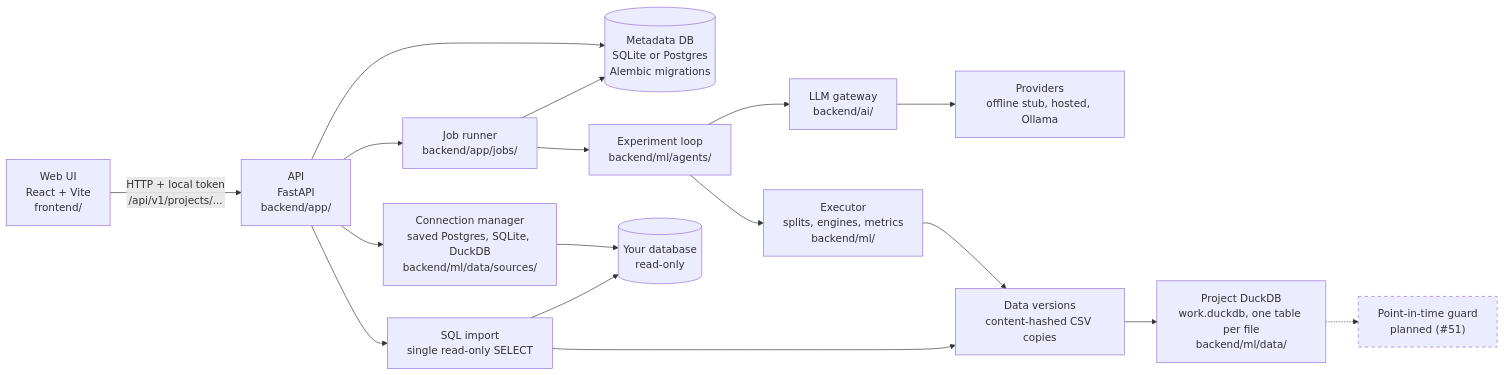
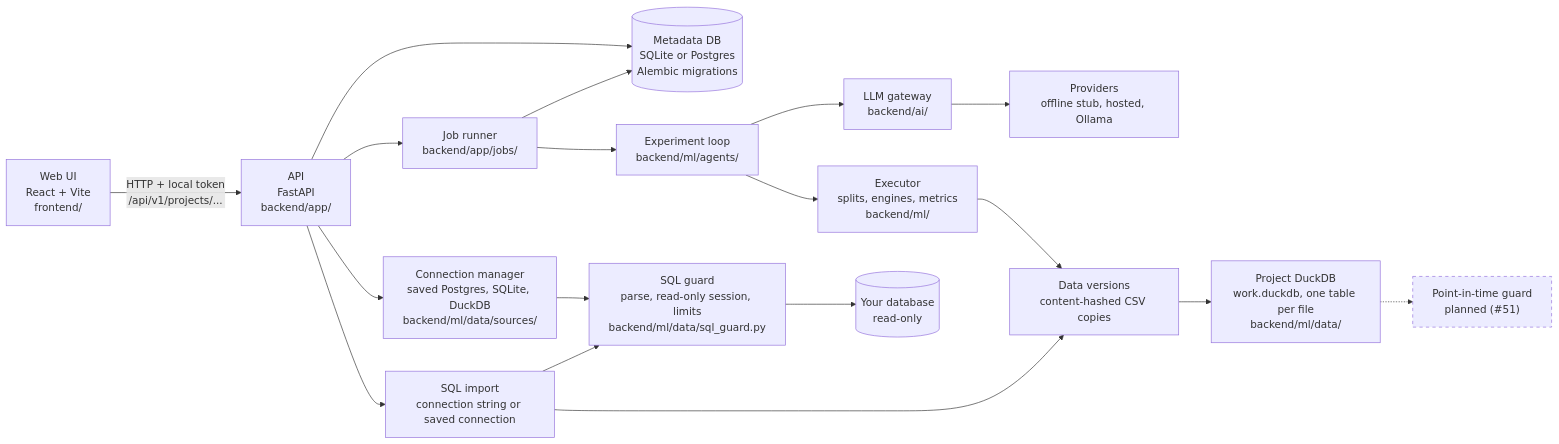
Before and after one commit to Harsh-Yadav-664/ML-Pilot: the first of 4 diagrams in docs/architecture.md, drawn with Mermaid. The commit also changed other lines of this file and 17 other files, not shown here.

First line of the commit message:
[2.3] Read-only enforcement in depth: one SQL guard for every user database (#127)

````diff
--- a/docs/architecture.md
+++ b/docs/architecture.md
@@ -7,23 +7,24 @@
 ```mermaid
 flowchart LR
     UI["Web UI<br/>React + Vite<br/>frontend/"] -->|"HTTP + local token<br/>/api/v1/projects/..."| API["API<br/>FastAPI<br/>backend/app/"]
     API --> Jobs["Job runner<br/>backend/app/jobs/"]
     API --> Meta[("Metadata DB<br/>SQLite or Postgres<br/>Alembic migrations")]
     Jobs --> Meta
     Jobs --> Agent["Experiment loop<br/>backend/ml/agents/"]
     Agent --> Exec["Executor<br/>splits, engines, metrics<br/>backend/ml/"]
     Agent --> GW["LLM gateway<br/>backend/ai/"]
     GW --> LLM["Providers<br/>offline stub, hosted, Ollama"]
     Exec --> Data["Data versions<br/>content-hashed CSV copies"]
     API --> Conn["Connection manager<br/>saved Postgres, SQLite, DuckDB<br/>backend/ml/data/sources/"]
-    API --> SQLImport["SQL import<br/>single read-only SELECT"]
-    Conn --> UserDB
-    SQLImport --> UserDB[("Your database<br/>read-only")]
+    API --> SQLImport["SQL import<br/>connection string or saved connection"]
+    Conn --> SQLGuard["SQL guard<br/>parse, read-only session, limits<br/>backend/ml/data/sql_guard.py"]
+    SQLImport --> SQLGuard
+    SQLGuard --> UserDB[("Your database<br/>read-only")]
     SQLImport --> Data
 
     Data --> DuckDB["Project DuckDB<br/>work.duckdb, one table per file<br/>backend/ml/data/"]
 
     classDef planned stroke-dasharray: 5 5
     Guard["Point-in-time guard<br/>planned (#51)"]:::planned
     DuckDB -.-> Guard
 ```
````
